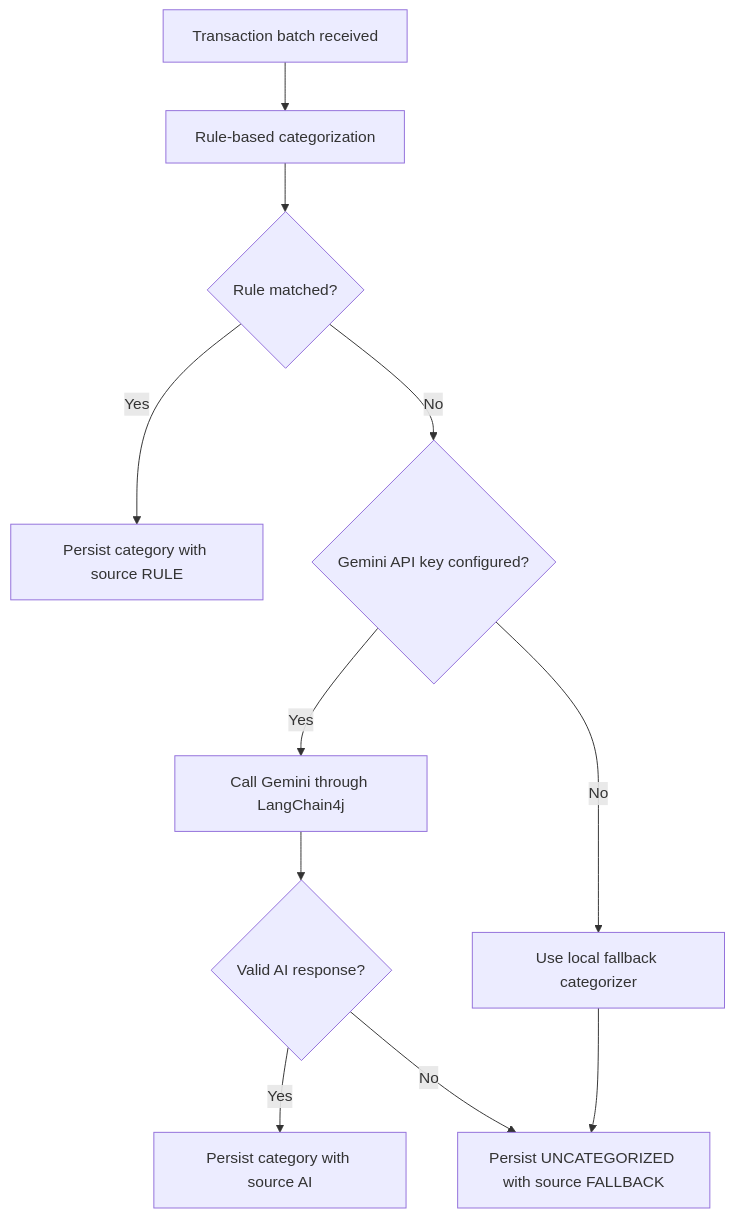
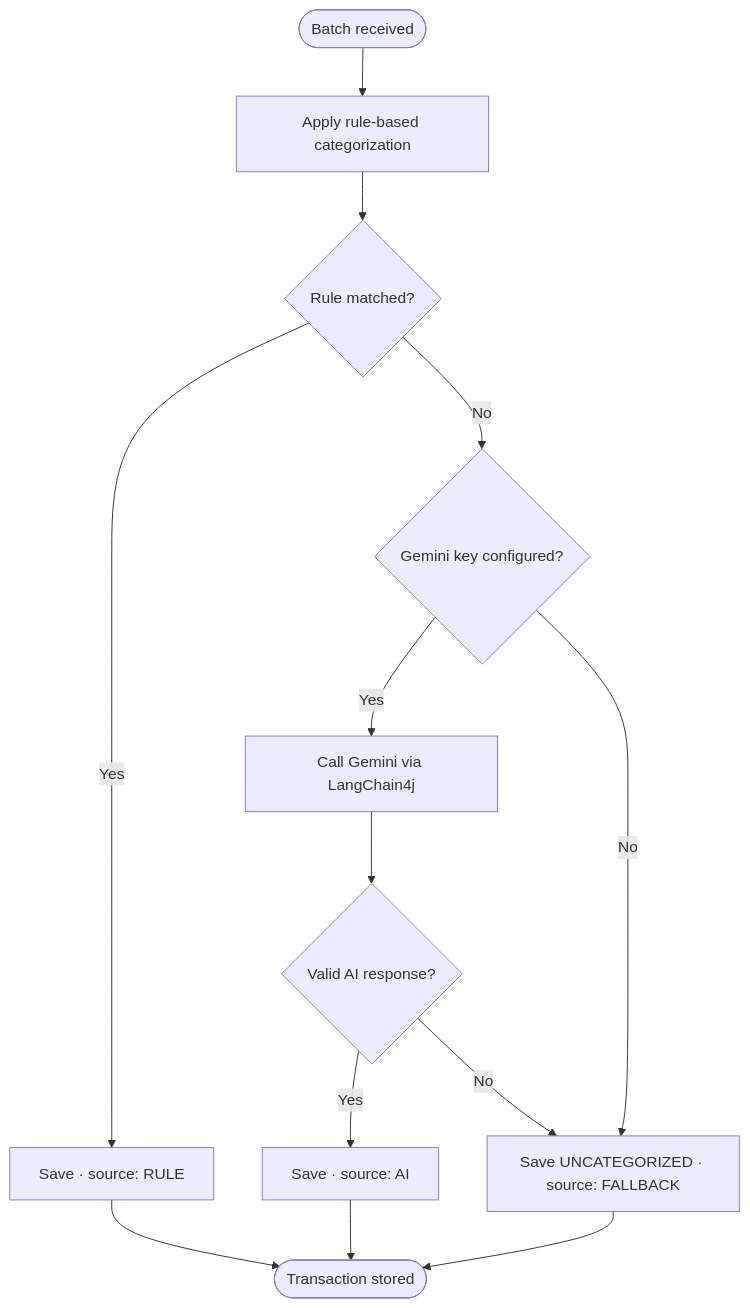
The fourth of 4 diagrams in README.md (cauecalil/peculytics), drawn with Mermaid before and after one commit. The commit also changed other lines of this file, not shown here.

Commit message:
docs(readme): update flowchart for analysis and categorization process

````diff
--- a/README.md
+++ b/README.md
@@ -323,13 +323,17 @@
 ```mermaid
 flowchart TD
-    A[Transaction batch received] --> B[Rule-based categorization]
-    B --> C{Rule matched?}
-    C -- Yes --> D[Persist category with source RULE]
-    C -- No --> E{Gemini API key configured?}
-    E -- Yes --> F[Call Gemini through LangChain4j]
-    E -- No --> G[Use local fallback categorizer]
-    F --> H{Valid AI response?}
-    H -- Yes --> I[Persist category with source AI]
-    H -- No --> J[Persist UNCATEGORIZED with source FALLBACK]
-    G --> J
+    batch([Batch received]) --> rules[Apply rule-based categorization]
+    rules --> matched{Rule matched?}
+ 
+    matched -->|Yes| saveRule[Save · source: RULE]
+    matched -->|No| hasKey{Gemini key configured?}
+ 
+    hasKey -->|Yes| gemini[Call Gemini via LangChain4j]
+    hasKey -->|No| saveFallback[Save UNCATEGORIZED · source: FALLBACK]
+ 
+    gemini --> valid{Valid AI response?}
+    valid -->|Yes| saveAi[Save · source: AI]
+    valid -->|No| saveFallback
+ 
+    saveRule & saveAi & saveFallback --> done([Transaction stored])
 ```
````
